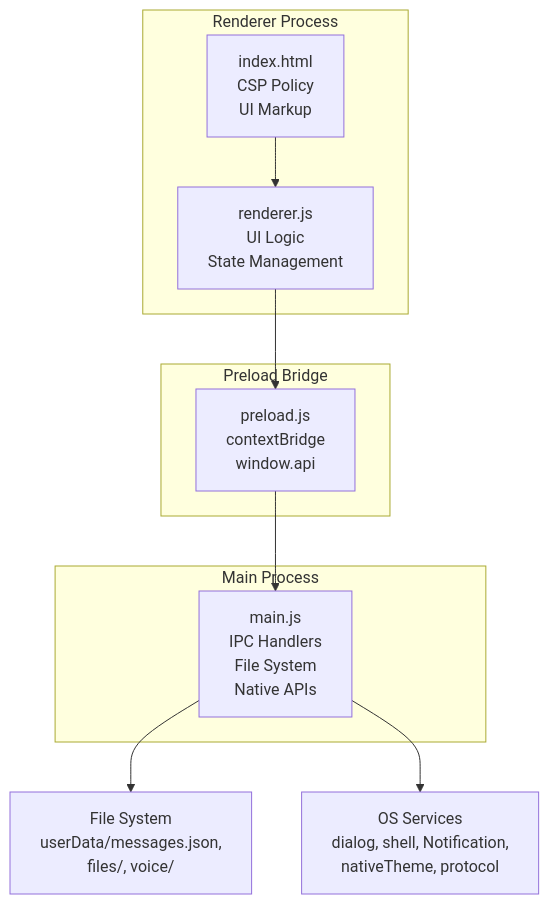
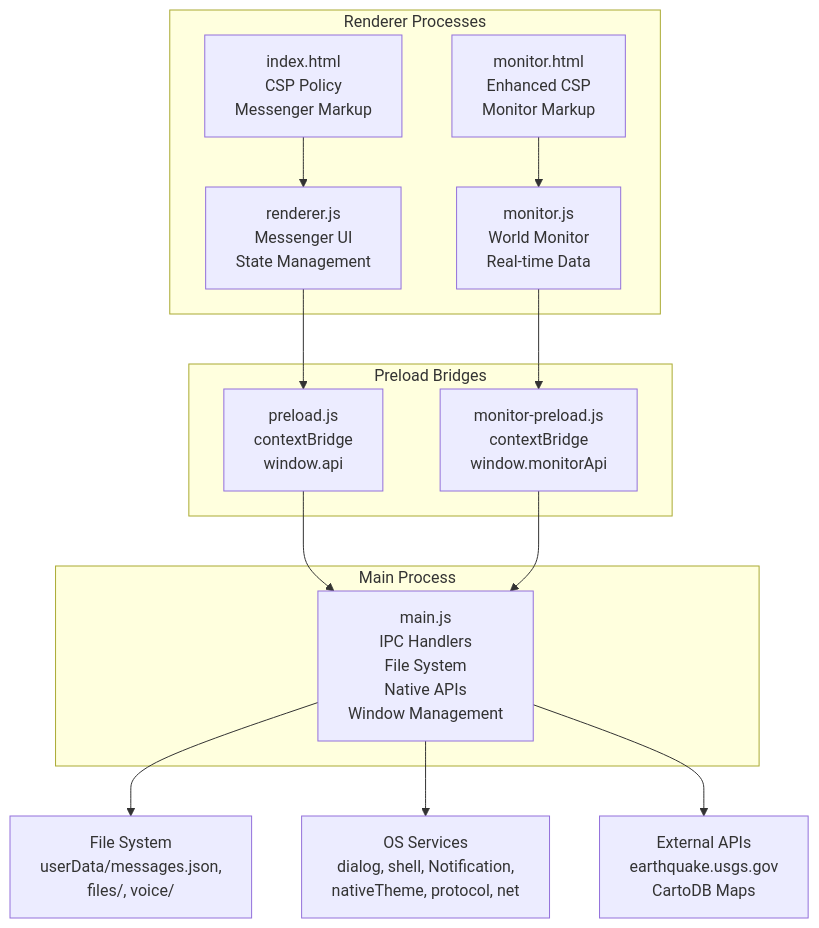
The first of 8 diagrams in .qoder/repowiki/en/content/Architecture Overview.md (Annguyen0410/Personal-Messenger-Like-Storage-), drawn with Mermaid before and after one commit. The commit also changed other lines of this file and 10 other files, not shown here.

````diff
--- a/.qoder/repowiki/en/content/Architecture Overview.md
+++ b/.qoder/repowiki/en/content/Architecture Overview.md
@@ -46,20 +51,28 @@
 ```mermaid
 graph TB
 subgraph "Main Process"
-M["main.js<br/>IPC Handlers<br/>File System<br/>Native APIs"]
+M["main.js<br/>IPC Handlers<br/>File System<br/>Native APIs<br/>Window Management"]
 end
-subgraph "Preload Bridge"
+subgraph "Preload Bridges"
 P["preload.js<br/>contextBridge<br/>window.api"]
+MP["monitor-preload.js<br/>contextBridge<br/>window.monitorApi"]
 end
-subgraph "Renderer Process"
-R["renderer.js<br/>UI Logic<br/>State Management"]
-H["index.html<br/>CSP Policy<br/>UI Markup"]
+subgraph "Renderer Processes"
+R["renderer.js<br/>Messenger UI<br/>State Management"]
+MR["monitor.js<br/>World Monitor<br/>Real-time Data"]
+H["index.html<br/>CSP Policy<br/>Messenger Markup"]
+MH["monitor.html<br/>Enhanced CSP<br/>Monitor Markup"]
 end
 FS["File System<br/>userData/messages.json,<br/>files/, voice/"]
-OS["OS Services<br/>dialog, shell, Notification,<br/>nativeTheme, protocol"]
+OS["OS Services<br/>dialog, shell, Notification,<br/>nativeTheme, protocol, net"]
+EXT["External APIs<br/>earthquake.usgs.gov<br/>CartoDB Maps"]
 H --> R
+MH --> MR
 R --> P
+MR --> MP
 P --> M
+MP --> M
 M --> FS
 M --> OS
+M --> EXT
 ```
````
